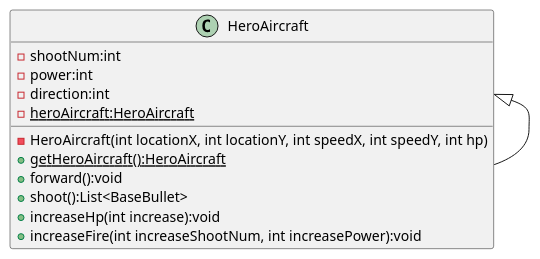
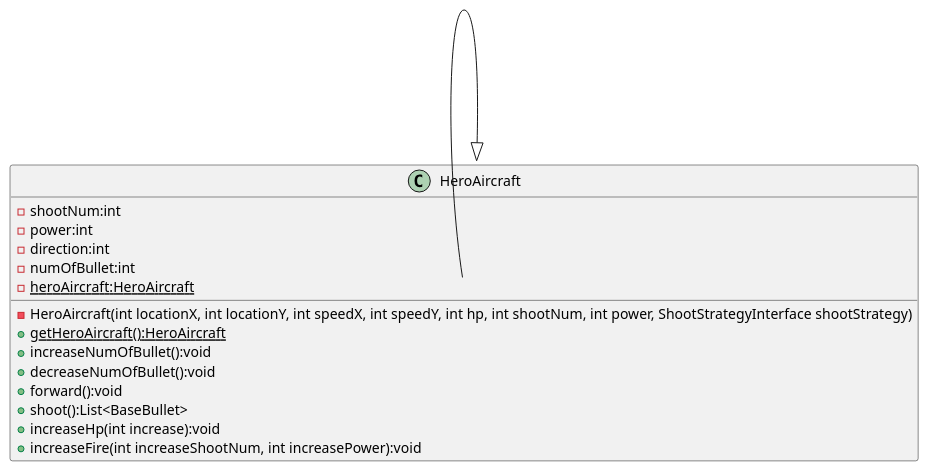
Before and after one commit to 2020lwh567/AircraftWar: the diagram in uml/HeroSingleton.puml, drawn with PlantUML. The commit also changed 22 other files, not shown here.

```diff
--- a/uml/HeroSingleton.puml
+++ b/uml/HeroSingleton.puml
@@ -1,19 +1,22 @@
 @startuml
 'https://plantuml.com/class-diagram
 
 class HeroAircraft {
     - shootNum:int
     - power:int
     - direction:int
+    - numOfBullet:int
     - {static} heroAircraft:HeroAircraft
-    - HeroAircraft(int locationX, int locationY, int speedX, int speedY, int hp)
+    - HeroAircraft(int locationX, int locationY, int speedX, int speedY, int hp, int shootNum, int power, ShootStrategyInterface shootStrategy)
     + {static} getHeroAircraft():HeroAircraft
+    + increaseNumOfBullet():void
+    + decreaseNumOfBullet():void
     + forward():void
     + shoot():List<BaseBullet>
     + increaseHp(int increase):void
     + increaseFire(int increaseShootNum, int increasePower):void
 }
 
-HeroAircraft <|-- HeroAircraft
+HeroAircraft <|-- HeroAircraft::heroAircraft
 
 @enduml
```
